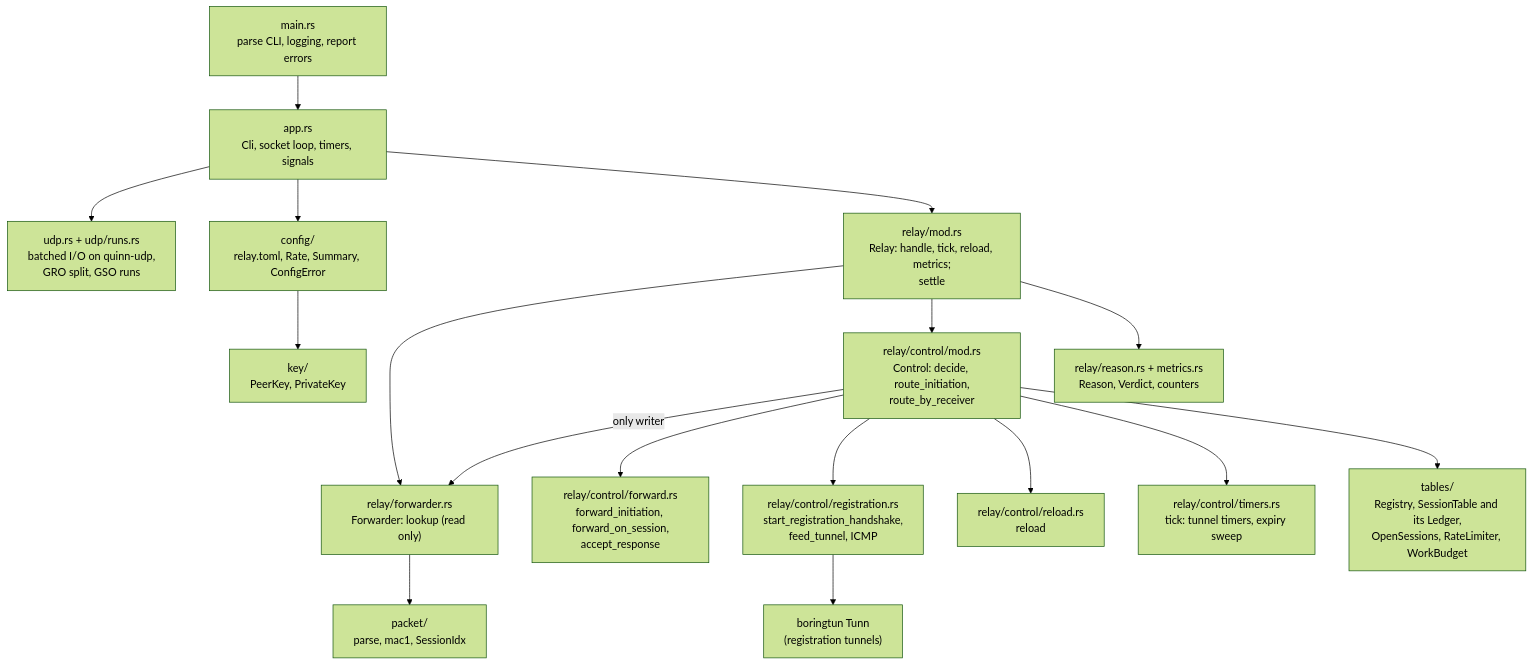
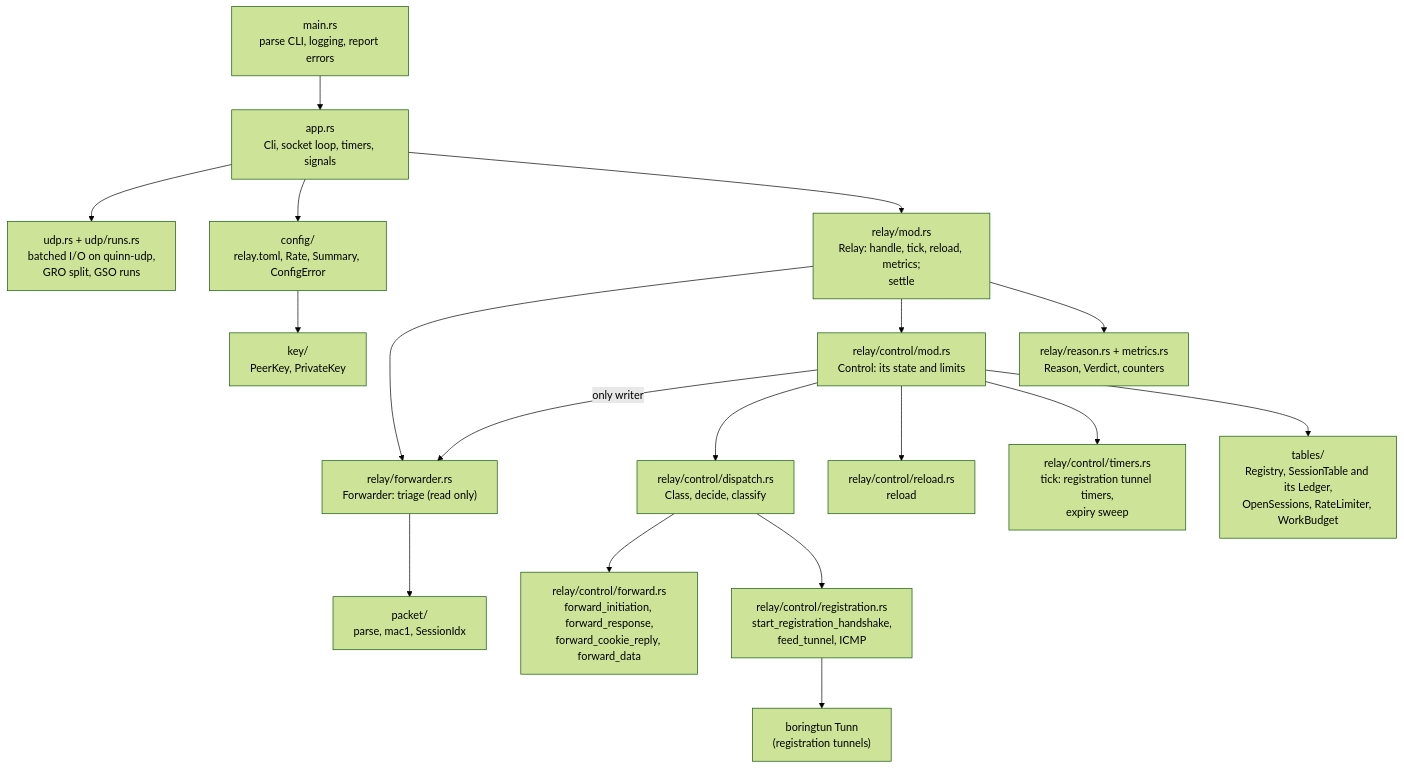
One commit to 3alpha/wg-relay changed diagram 21 of 22 in docs/how-it-works.md. Above: the diagram before and after it, drawn with Mermaid (forest theme). The commit also changed other lines of this file and 9 other files, not shown here.

First line of the commit message:
refactor(relay): classify each datagram once and dispatch in one match

````diff
--- a/docs/how-it-works.md
+++ b/docs/how-it-works.md
@@ -710,19 +721,20 @@
 ```mermaid
 flowchart TD
     main["main.rs<br/>parse CLI, logging, report errors"] --> app["app.rs<br/>Cli, socket loop, timers, signals"]
     app --> udp["udp.rs + udp/runs.rs<br/>batched I/O on quinn-udp,<br/>GRO split, GSO runs"]
     app --> cfg["config/<br/>relay.toml, Rate, Summary, ConfigError"]
     app --> relay["relay/mod.rs<br/>Relay: handle, tick, reload, metrics;<br/>settle"]
-    relay --> fwdr["relay/forwarder.rs<br/>Forwarder: lookup (read only)"]
-    relay --> ctl["relay/control/mod.rs<br/>Control: decide, route_initiation,<br/>route_by_receiver"]
+    relay --> fwdr["relay/forwarder.rs<br/>Forwarder: triage (read only)"]
+    relay --> ctl["relay/control/mod.rs<br/>Control: its state and limits"]
     ctl -- "only writer" --> fwdr
-    ctl --> fwd["relay/control/forward.rs<br/>forward_initiation, forward_on_session,<br/>accept_response"]
-    ctl --> regm["relay/control/registration.rs<br/>start_registration_handshake,<br/>feed_tunnel, ICMP"]
+    ctl --> dsp["relay/control/dispatch.rs<br/>Class, decide, classify"]
+    dsp --> fwd["relay/control/forward.rs<br/>forward_initiation, forward_response,<br/>forward_cookie_reply, forward_data"]
+    dsp --> regm["relay/control/registration.rs<br/>start_registration_handshake,<br/>feed_tunnel, ICMP"]
     ctl --> rel["relay/control/reload.rs<br/>reload"]
-    ctl --> tmr["relay/control/timers.rs<br/>tick: tunnel timers, expiry sweep"]
+    ctl --> tmr["relay/control/timers.rs<br/>tick: registration tunnel timers,<br/>expiry sweep"]
     relay --> rsn["relay/reason.rs + metrics.rs<br/>Reason, Verdict, counters"]
     ctl --> tbl["tables/<br/>Registry, SessionTable and its Ledger,<br/>OpenSessions, RateLimiter, WorkBudget"]
     fwdr --> pkt["packet/<br/>parse, mac1, SessionIdx"]
     regm --> bt["boringtun Tunn<br/>(registration tunnels)"]
     cfg --> key["key/<br/>PeerKey, PrivateKey"]
 ```
````
